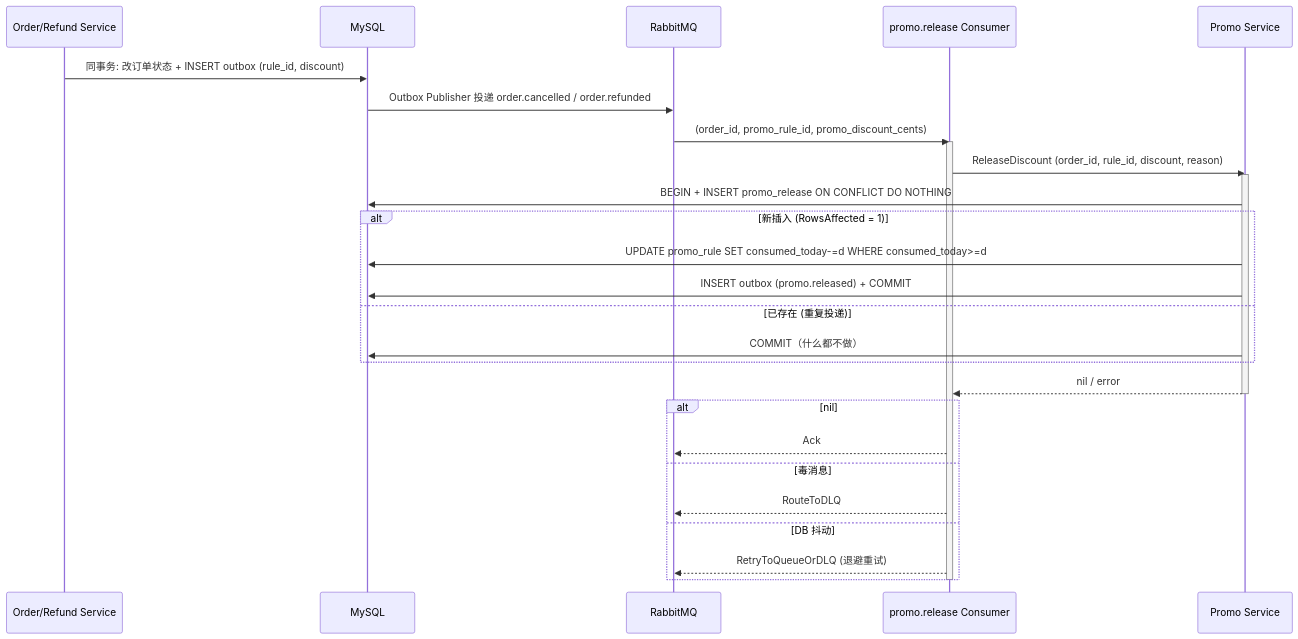
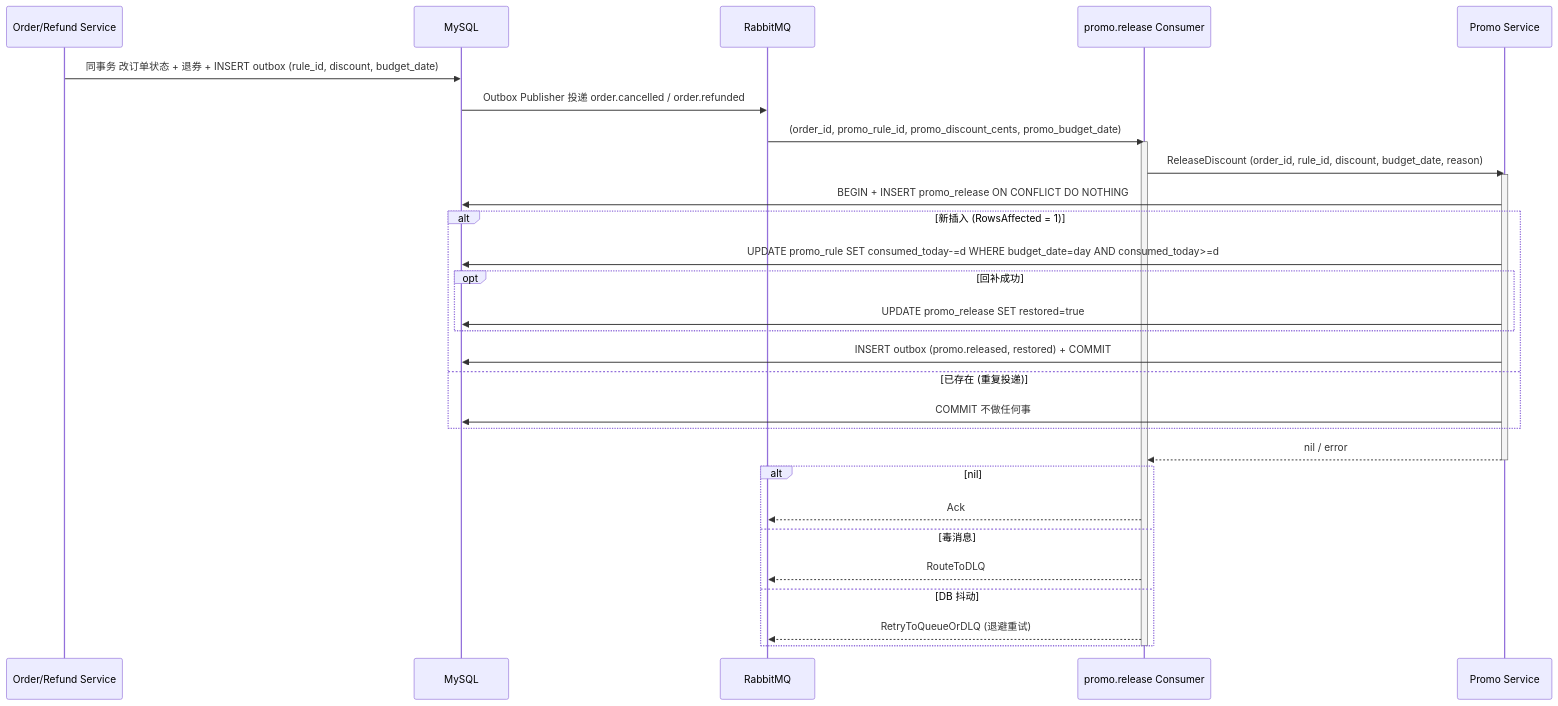
The second of 3 diagrams in docs/lecture/16-promo-coupon.md (RedInn7/gomall), drawn with Mermaid before and after one commit. The commit also changed other lines of this file and 1 other file, not shown here.

````diff
--- a/docs/lecture/16-promo-coupon.md
+++ b/docs/lecture/16-promo-coupon.md
@@ -340,32 +383,35 @@
 ```mermaid
 sequenceDiagram
     participant OrderSrv as Order/Refund Service
     participant DB as MySQL
     participant MQ as RabbitMQ
     participant Consumer as promo.release Consumer
     participant Promo as Promo Service
 
-    OrderSrv->>DB: 同事务: 改订单状态 + INSERT outbox (rule_id, discount)
+    OrderSrv->>DB: 同事务 改订单状态 + 退券 + INSERT outbox (rule_id, discount, budget_date)
     DB->>MQ: Outbox Publisher 投递 order.cancelled / order.refunded
-    MQ->>Consumer: (order_id, promo_rule_id, promo_discount_cents)
+    MQ->>Consumer: (order_id, promo_rule_id, promo_discount_cents, promo_budget_date)
     activate Consumer
-    Consumer->>Promo: ReleaseDiscount (order_id, rule_id, discount, reason)
+    Consumer->>Promo: ReleaseDiscount (order_id, rule_id, discount, budget_date, reason)
     activate Promo
     Promo->>DB: BEGIN + INSERT promo_release ON CONFLICT DO NOTHING
     alt 新插入 (RowsAffected = 1)
-        Promo->>DB: UPDATE promo_rule SET consumed_today-=d WHERE consumed_today>=d
-        Promo->>DB: INSERT outbox (promo.released) + COMMIT
+        Promo->>DB: UPDATE promo_rule SET consumed_today-=d WHERE budget_date=day AND consumed_today>=d
+        opt 回补成功
+            Promo->>DB: UPDATE promo_release SET restored=true
+        end
+        Promo->>DB: INSERT outbox (promo.released, restored) + COMMIT
     else 已存在 (重复投递)
-        Promo->>DB: COMMIT（什么都不做）
+        Promo->>DB: COMMIT 不做任何事
     end
     Promo-->>Consumer: nil / error
     deactivate Promo
     alt nil
         Consumer-->>MQ: Ack
     else 毒消息
         Consumer-->>MQ: RouteToDLQ
     else DB 抖动
         Consumer-->>MQ: RetryToQueueOrDLQ (退避重试)
     end
     deactivate Consumer
 ```
````
